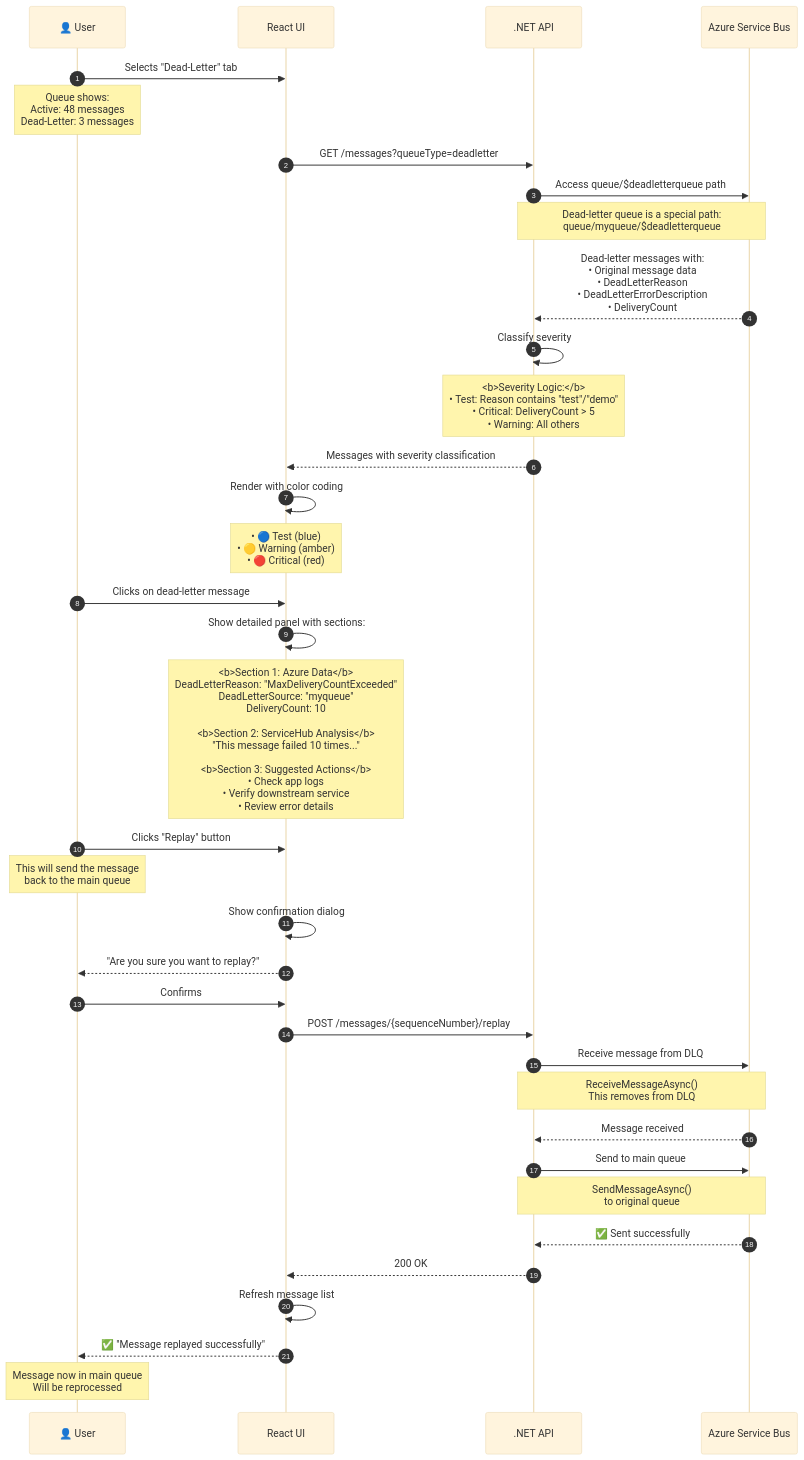
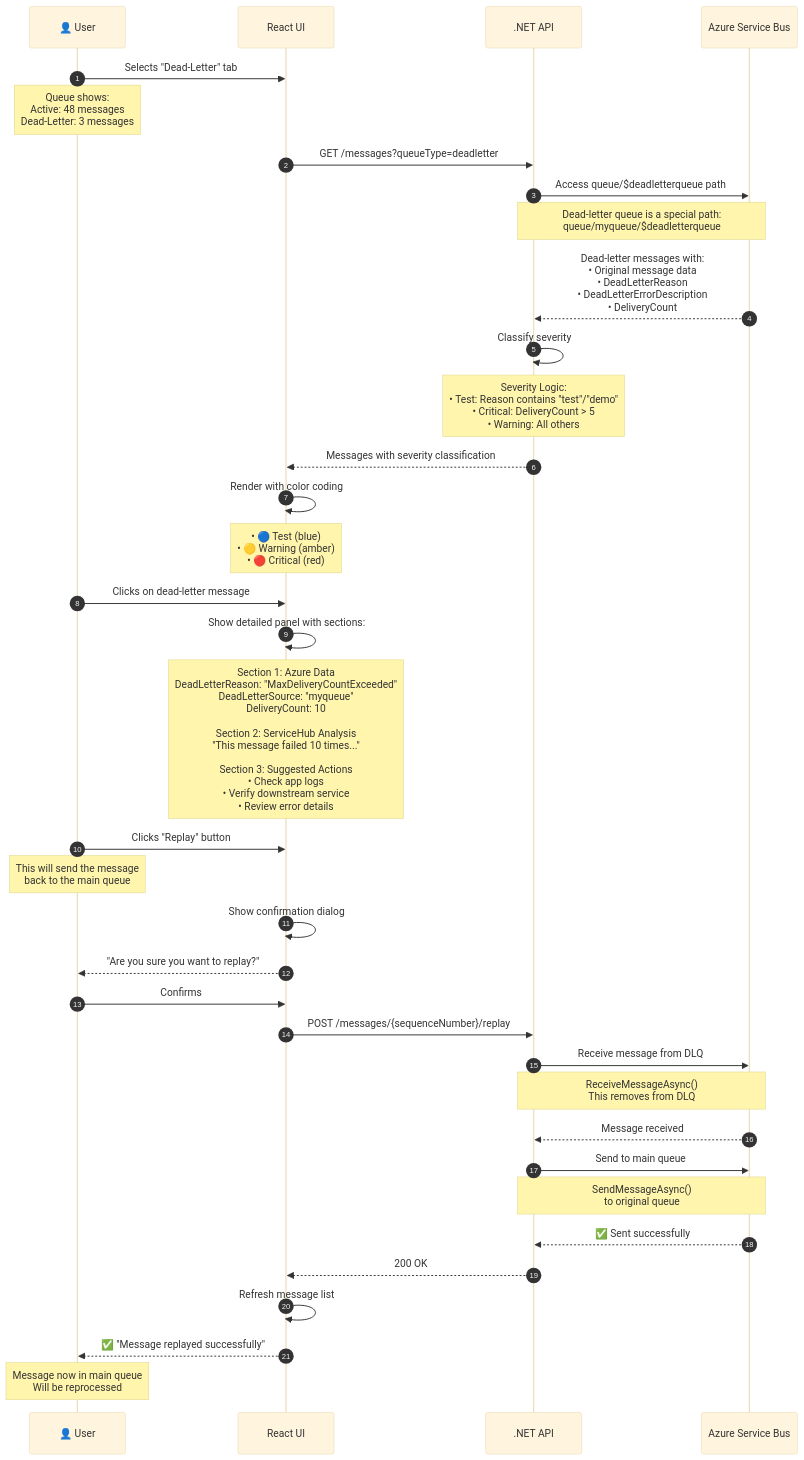
The fifth of 12 diagrams in docs/COMPREHENSIVE-GUIDE.md (debdevops/servicehub), drawn with Mermaid before and after one commit. The commit also changed other lines of this file and 1 other file, not shown here.

````diff
--- a/docs/COMPREHENSIVE-GUIDE.md
+++ b/docs/COMPREHENSIVE-GUIDE.md
@@ -363,60 +363,60 @@
 ```mermaid
 %%{init: {'theme':'base', 'themeVariables': { 'fontSize':'16px'}}}%%
 sequenceDiagram
     autonumber
     
     participant User as 👤 User
     participant UI as React UI
     participant API as .NET API
     participant Azure as Azure Service Bus
     
     User->>UI: Selects "Dead-Letter" tab
     Note over User: Queue shows:<br/>Active: 48 messages<br/>Dead-Letter: 3 messages
     
     UI->>API: GET /messages?queueType=deadletter
     
     API->>Azure: Access queue/$deadletterqueue path
     Note over API,Azure: Dead-letter queue is a special path:<br/>queue/myqueue/$deadletterqueue
     
     Azure-->>API: Dead-letter messages with:<br/>• Original message data<br/>• DeadLetterReason<br/>• DeadLetterErrorDescription<br/>• DeliveryCount
     
     API->>API: Classify severity
-    Note over API: <b>Severity Logic:</b><br/>• Test: Reason contains "test"/"demo"<br/>• Critical: DeliveryCount > 5<br/>• Warning: All others
+    Note over API: Severity Logic:<br/>• Test: Reason contains "test"/"demo"<br/>• Critical: DeliveryCount > 5<br/>• Warning: All others
     
     API-->>UI: Messages with severity classification
     
     UI->>UI: Render with color coding
     Note over UI: • 🔵 Test (blue)<br/>• 🟡 Warning (amber)<br/>• 🔴 Critical (red)
     
     User->>UI: Clicks on dead-letter message
     
     UI->>UI: Show detailed panel with sections:
-    Note over UI: <b>Section 1: Azure Data</b><br/>DeadLetterReason: "MaxDeliveryCountExceeded"<br/>DeadLetterSource: "myqueue"<br/>DeliveryCount: 10<br/><br/><b>Section 2: ServiceHub Analysis</b><br/>"This message failed 10 times..."<br/><br/><b>Section 3: Suggested Actions</b><br/>• Check app logs<br/>• Verify downstream service<br/>• Review error details
+    Note over UI: Section 1: Azure Data<br/>DeadLetterReason: "MaxDeliveryCountExceeded"<br/>DeadLetterSource: "myqueue"<br/>DeliveryCount: 10<br/><br/>Section 2: ServiceHub Analysis<br/>"This message failed 10 times..."<br/><br/>Section 3: Suggested Actions<br/>• Check app logs<br/>• Verify downstream service<br/>• Review error details
     
     User->>UI: Clicks "Replay" button
     Note over User: This will send the message<br/>back to the main queue
     
     UI->>UI: Show confirmation dialog
     UI-->>User: "Are you sure you want to replay?"
     
     User->>UI: Confirms
     
     UI->>API: POST /messages/{sequenceNumber}/replay
     
     API->>Azure: Receive message from DLQ
     Note over API,Azure: ReceiveMessageAsync()<br/>This removes from DLQ
     
     Azure-->>API: Message received
     
     API->>Azure: Send to main queue
     Note over API,Azure: SendMessageAsync()<br/>to original queue
     
     Azure-->>API: ✅ Sent successfully
     
     API-->>UI: 200 OK
     
     UI->>UI: Refresh message list
     
     UI-->>User: ✅ "Message replayed successfully"
     Note over User: Message now in main queue<br/>Will be reprocessed
 ```
````
